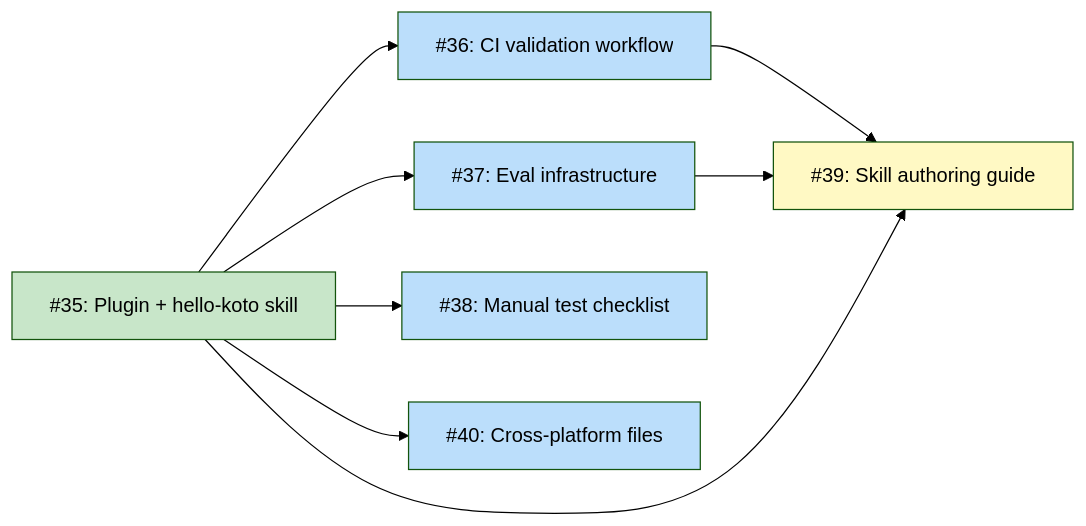
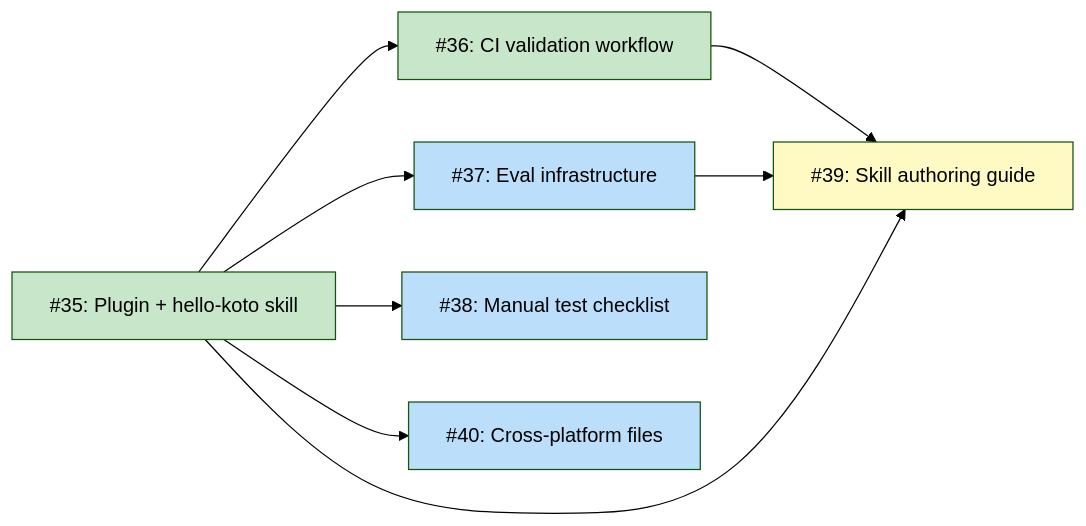
The diagram in docs/designs/DESIGN-koto-agent-integration.md (tsukumogami/koto), drawn with Mermaid (forest theme) before and after one commit. The commit also changed other lines of this file and 1 other file, not shown here.

Commit message:
docs: mark #36 as done, update dependency diagram

````diff
--- a/docs/designs/DESIGN-koto-agent-integration.md
+++ b/docs/designs/DESIGN-koto-agent-integration.md
@@ -51,27 +51,27 @@
 ```mermaid
 graph LR
     I35["#35: Plugin + hello-koto skill"]
     I36["#36: CI validation workflow"]
     I37["#37: Eval infrastructure"]
     I38["#38: Manual test checklist"]
     I39["#39: Skill authoring guide"]
     I40["#40: Cross-platform files"]
 
     I35 --> I36
     I35 --> I37
     I35 --> I38
     I35 --> I40
     I36 --> I39
     I37 --> I39
     I35 --> I39
 
     classDef done fill:#c8e6c9
     classDef ready fill:#bbdefb
     classDef blocked fill:#fff9c4
     classDef needsDesign fill:#e1bee7
     classDef tracksDesign fill:#FFE0B2,stroke:#F57C00,color:#000
 
-    class I35 done
-    class I36,I37,I38,I40 ready
+    class I35,I36 done
+    class I37,I38,I40 ready
     class I39 blocked
 ```
````
